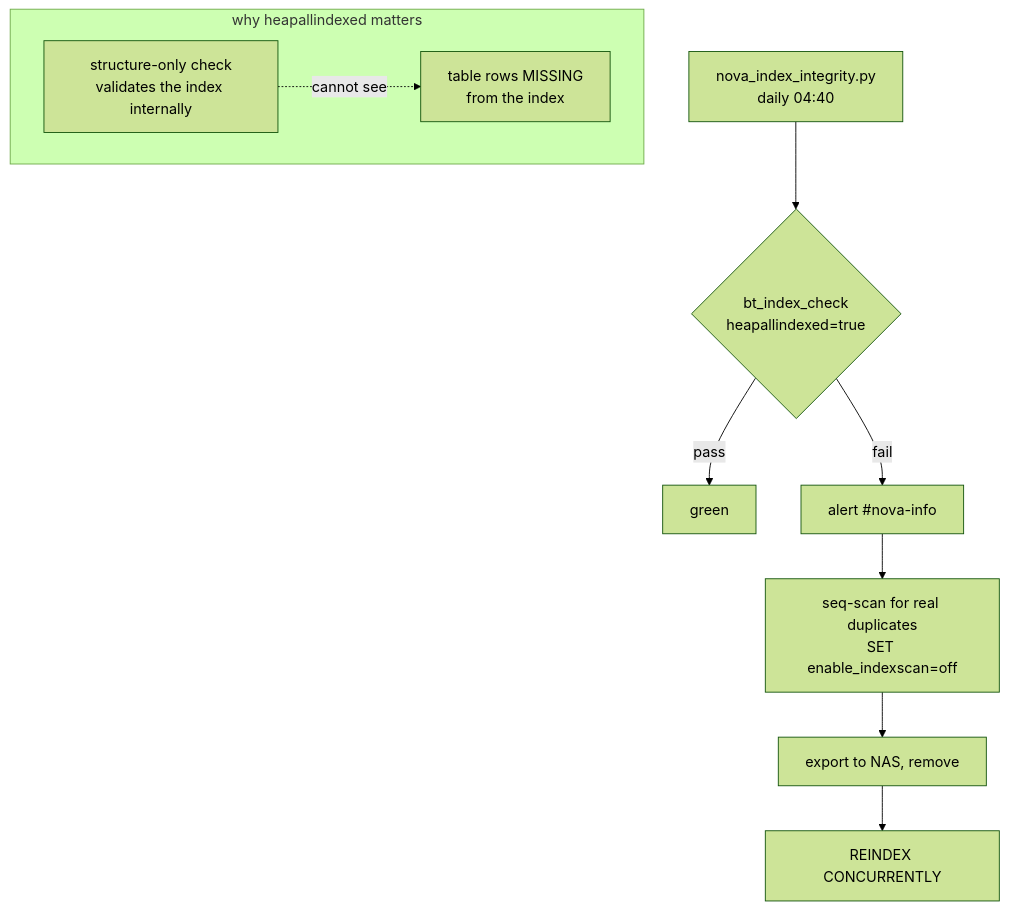
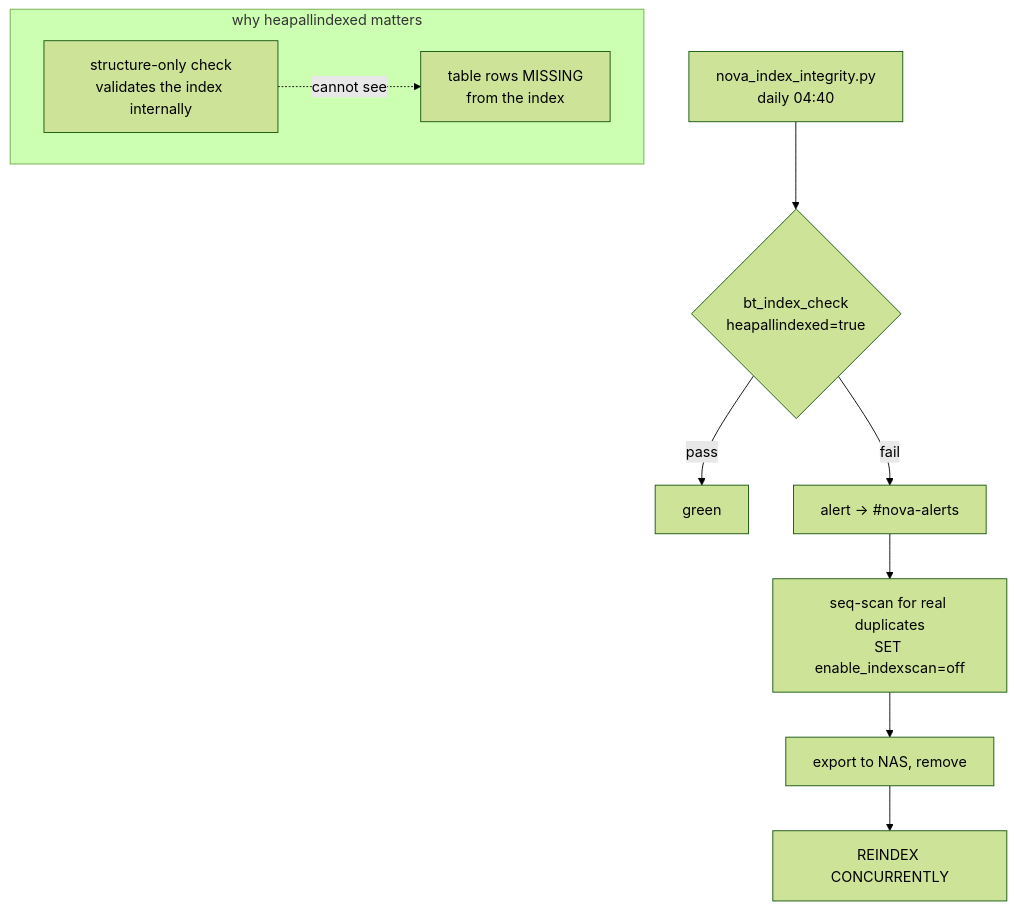
One commit to kochj23/nova changed diagram 25 of 27 in README.md. Above: the diagram before and after it, drawn with Mermaid (forest theme). The commit also changed other lines of this file and 25 other files, not shown here.

````diff
--- a/README.md
+++ b/README.md
@@ -1739,12 +1854,12 @@
 ```mermaid
 flowchart TD
     C[nova_index_integrity.py<br/>daily 04:40] --> A{bt_index_check<br/>heapallindexed=true}
     A -->|pass| G[green]
-    A -->|fail| RED[alert #nova-info]
+    A -->|fail| RED["alert → #nova-alerts"]
     subgraph "why heapallindexed matters"
       S1[structure-only check<br/>validates the index internally] -.->|cannot see| S2[table rows MISSING<br/>from the index]
     end
     RED --> FIX[seq-scan for real duplicates<br/>SET enable_indexscan=off]
     FIX --> DEDUP[export to NAS, remove]
     DEDUP --> RE[REINDEX CONCURRENTLY]
 ```
````
